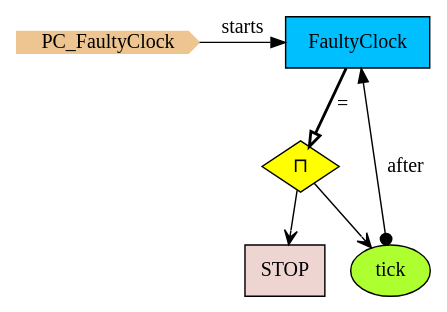
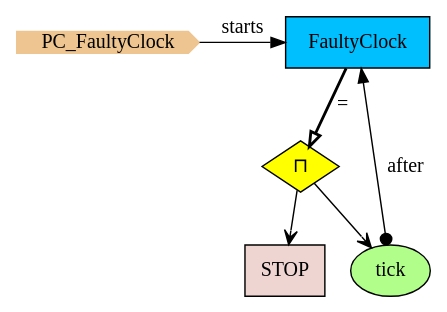
Before and after one commit to namalio/Fragmenta: the diagram in Haskell/PCs/Examples/img/PC_FaultyClock.gv, drawn with Graphviz. The commit also changed 70 other files, not shown here.

```diff
--- a/Haskell/PCs/Examples/img/PC_FaultyClock.gv
+++ b/Haskell/PCs/Examples/img/PC_FaultyClock.gv
@@ -1,17 +1,17 @@
 digraph {
 
 StartN_ [shape = cds,color=burlywood2,style=filled,height=.2,width=.2, label =PC_FaultyClock];
 
 FaultyClock [shape=box,fillcolor=deepskyblue,style = filled,label="FaultyClock"];
 Op17e1125 [shape=diamond,fillcolor=yellow,style=filled,label="⊓"];
 Stopb53b6c8 [shape=box,fillcolor=mistyrose2,style = filled,label="STOP"];
-tick [shape=ellipse,fillcolor=greenyellow,style=filled,label="tick"];
+tick [shape=ellipse,fillcolor="#B1FF8A",style=filled,label="tick"];
 
 {rank=same;FaultyClock,StartN_}
 
 Op17e1125->Stopb53b6c8[arrowhead="open"];
 tick->FaultyClock[arrowtail=dot,dir=both,label="after"];
 Op17e1125->tick[arrowhead="open"];
 FaultyClock->Op17e1125[arrowhead="onormal",penwidth=2,label="="];
 StartN_->FaultyClock[label="starts"];
 }
```
